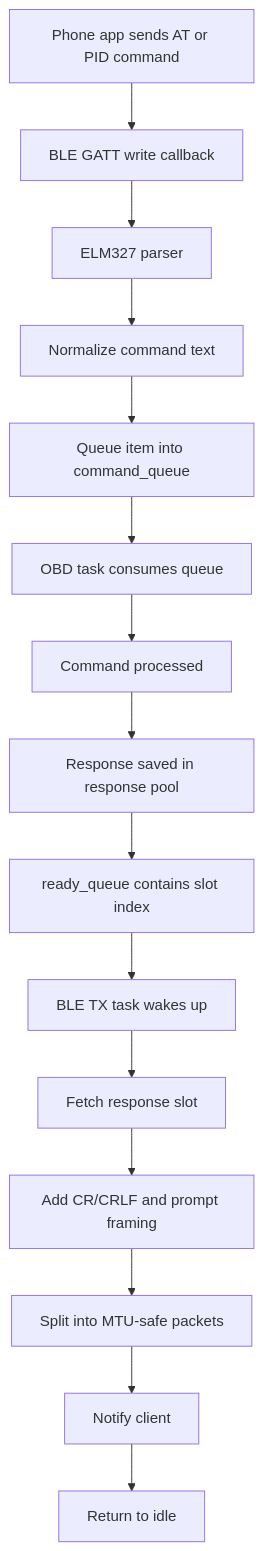
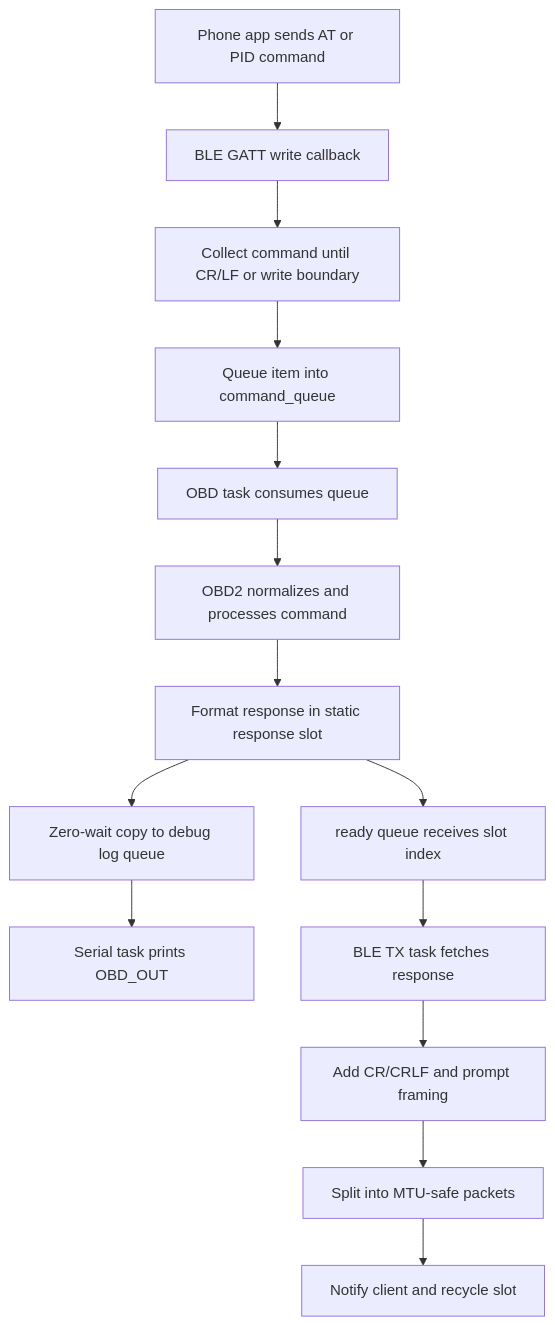
The fourth of 6 diagrams in OBD_BLE_FreeRTOS_C/flowchart.md (ASTI-ITS/ITS-test), drawn with Mermaid before and after one commit. The commit also changed other lines of this file and 10 other files, not shown here.

````diff
--- a/OBD_BLE_FreeRTOS_C/flowchart.md
+++ b/OBD_BLE_FreeRTOS_C/flowchart.md
@@ -83,17 +87,16 @@
 ```mermaid
 flowchart TD
     A[Phone app sends AT or PID command] --> B[BLE GATT write callback]
-    B --> C[ELM327 parser]
-    C --> D[Normalize command text]
-    D --> E[Queue item into command_queue]
-    E --> F[OBD task consumes queue]
-    F --> G[Command processed]
-    G --> H[Response saved in response pool]
-    H --> I[ready_queue contains slot index]
-    I --> J[BLE TX task wakes up]
-    J --> K[Fetch response slot]
+    B --> C[Collect command until CR/LF or write boundary]
+    C --> D[Queue item into command_queue]
+    D --> E[OBD task consumes queue]
+    E --> F[OBD2 normalizes and processes command]
+    F --> G[Format response in static response slot]
+    G --> H[Zero-wait copy to debug log queue]
+    H --> I[Serial task prints OBD_OUT]
+    G --> J[ready queue receives slot index]
+    J --> K[BLE TX task fetches response]
     K --> L[Add CR/CRLF and prompt framing]
     L --> M[Split into MTU-safe packets]
-    M --> N[Notify client]
-    N --> O[Return to idle]
+    M --> N[Notify client and recycle slot]
 ```
````
